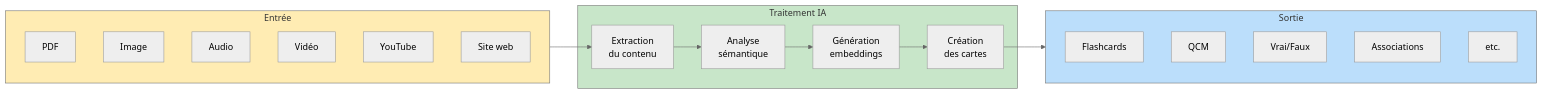
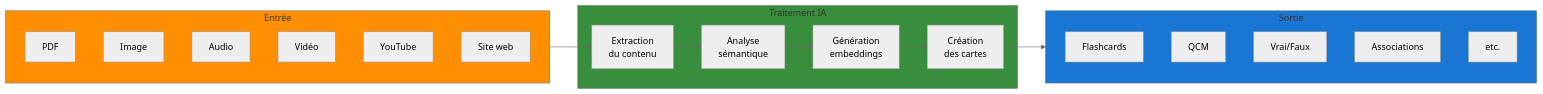
Before and after one commit to mindlet-app/docs: the second of 4 diagrams in src/content/docs/projet/cahier-des-charges.mdx, drawn with Mermaid (neutral theme). The commit also changed other lines of this file and 17 other files, not shown here.

First line of the commit message:
feat: Update Mermaid diagrams and enhance documentation clarity

````diff
--- a/src/content/docs/projet/cahier-des-charges.mdx
+++ b/src/content/docs/projet/cahier-des-charges.mdx
@@ -154,36 +154,36 @@
 ```mermaid
 flowchart LR
     subgraph Input["Entrée"]
         I1["PDF"]
         I2["Image"]
         I3["Audio"]
         I4["Vidéo"]
         I5["YouTube"]
         I6["Site web"]
     end
 
     subgraph Process["Traitement IA"]
         P1["Extraction\ndu contenu"]
         P2["Analyse\nsémantique"]
         P3["Génération\nembeddings"]
         P4["Création\ndes cartes"]
     end
 
     subgraph Output["Sortie"]
         O1["Flashcards"]
         O2["QCM"]
         O3["Vrai/Faux"]
         O4["Associations"]
         O5["etc."]
     end
 
     Input --> P1
     P1 --> P2
     P2 --> P3
     P3 --> P4
     P4 --> Output
 
-    style Input fill:#ffecb3
-    style Process fill:#c8e6c9
-    style Output fill:#bbdefb
+    style Input fill:#ff8f00
+    style Process fill:#388e3c
+    style Output fill:#1976d2
 ```
````
